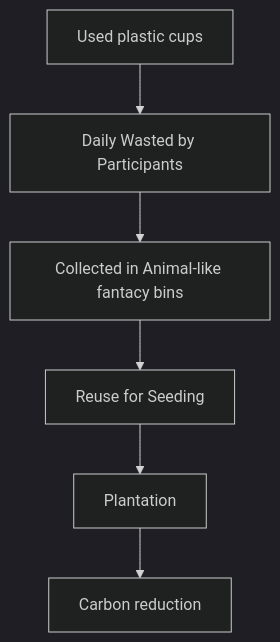
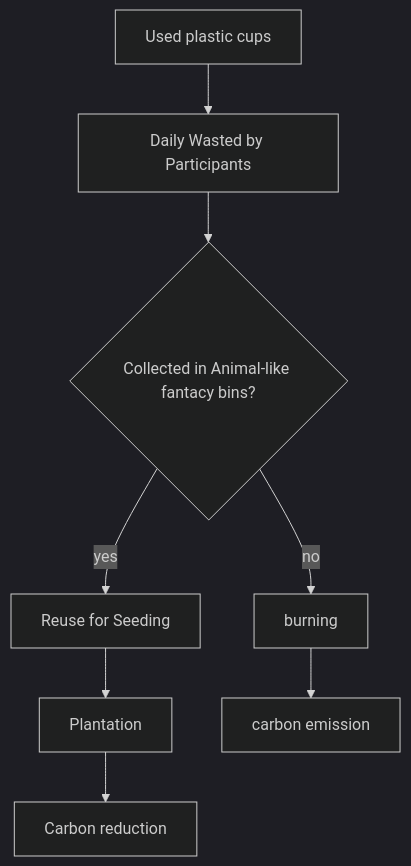
Before and after one commit to Kietpawpan/esc: the diagram in README.md, drawn with Mermaid (dark theme).

````diff
--- a/README.md
+++ b/README.md
@@ -9,8 +9,10 @@
 ```mermaid
 flowchart TD
     A[Used plastic cups] -->C[Daily Wasted by Participants]
-    C -->D[Collected in Animal-like fantacy bins]
-    D-->E[Reuse for Seeding]
+    C -->D{Collected in Animal-like fantacy bins?}
+    D-->|yes| E[Reuse for Seeding]
     E -->F[Plantation]
     F-->G[Carbon reduction]
+    D-->|no| H[burning]
+    H-->I[carbon emission]
 ```
````
